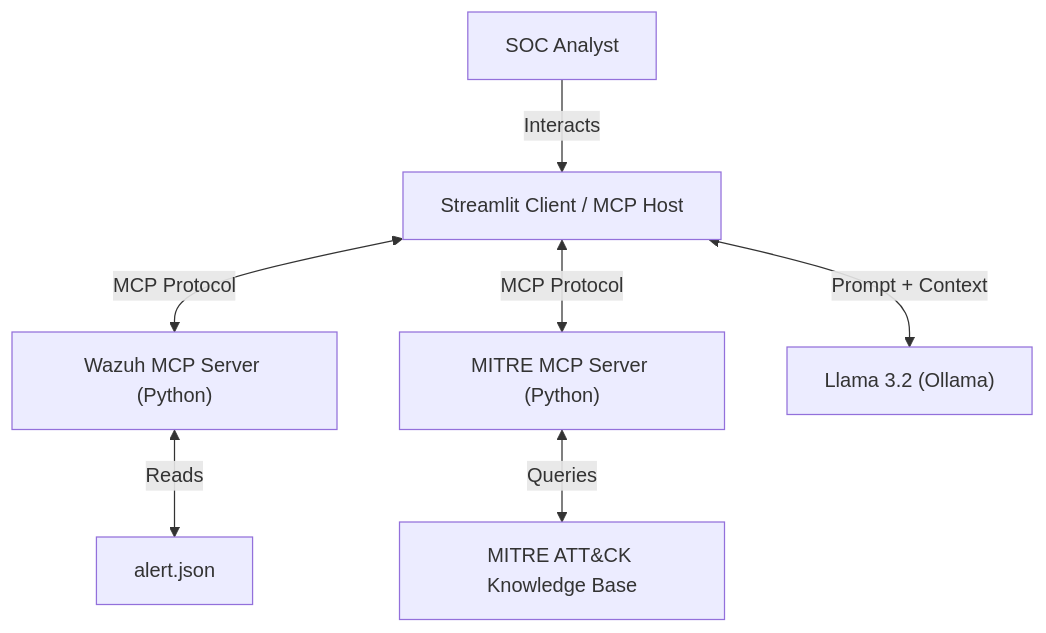
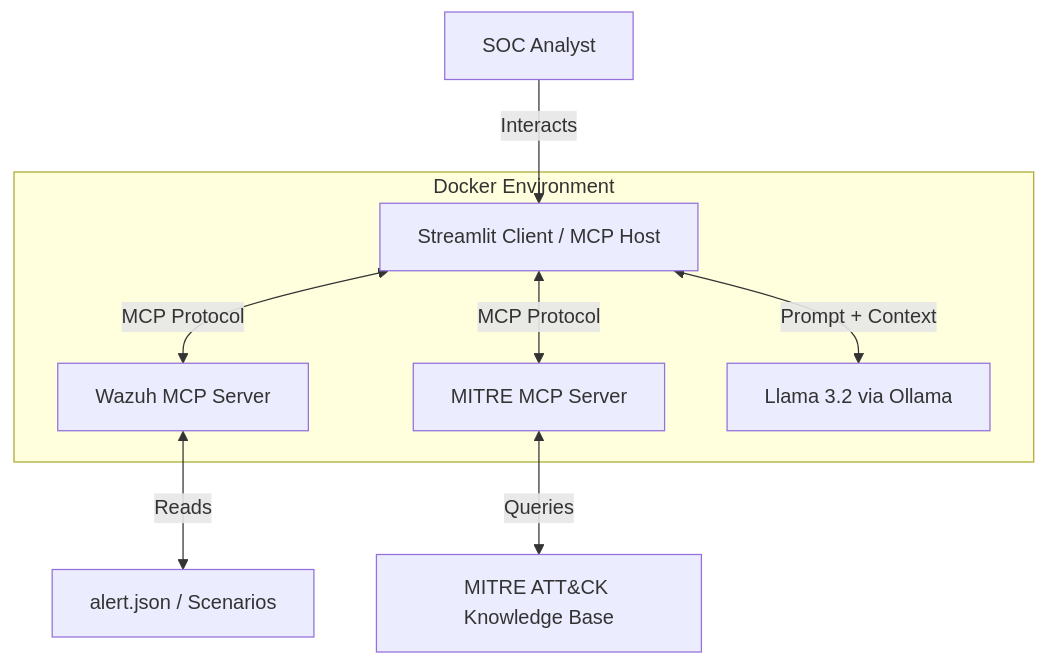
One commit to tabs11/GenAI-Enabled-SOCs-via-MCP-Integration changed the diagram in readme.md. Above: the diagram before and after it, drawn with Mermaid. The commit also changed other lines of this file and 3 other files, not shown here.

````diff
--- a/readme.md
+++ b/readme.md
@@ -31,9 +37,16 @@
 ```mermaid
 graph TD
     User[SOC Analyst] -->|Interacts| Client[Streamlit Client / MCP Host]
-    Client <-->|MCP Protocol| Wazuh["Wazuh MCP Server (Python)"]
-    Client <-->|MCP Protocol| MITRE["MITRE MCP Server (Python)"]
-    Wazuh <-->|Reads| Alerts[alert.json]
+    Client <-->|MCP Protocol| Wazuh["Wazuh MCP Server"]
+    Client <-->|MCP Protocol| MITRE["MITRE MCP Server"]
+    Wazuh <-->|Reads| Alerts[alert.json / Scenarios]
     MITRE <-->|Queries| KB[MITRE ATT&CK Knowledge Base]
-    Client <-->|Prompt + Context| LLM["Llama 3.2 (Ollama)"]
+    Client <-->|Prompt + Context| LLM["Llama 3.2 via Ollama"]
+    
+    subgraph Docker Environment
+        Client
+        LLM
+        Wazuh
+        MITRE
+    end
 ```
````
